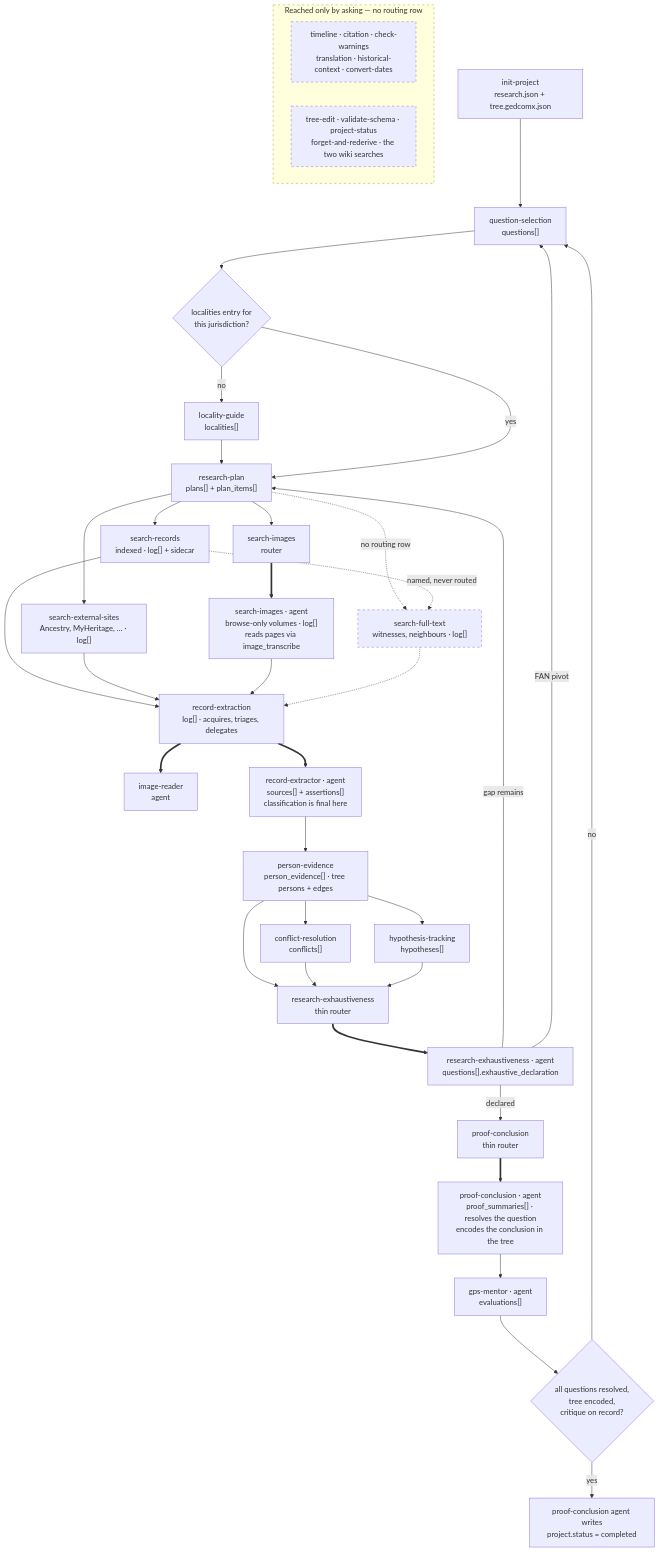
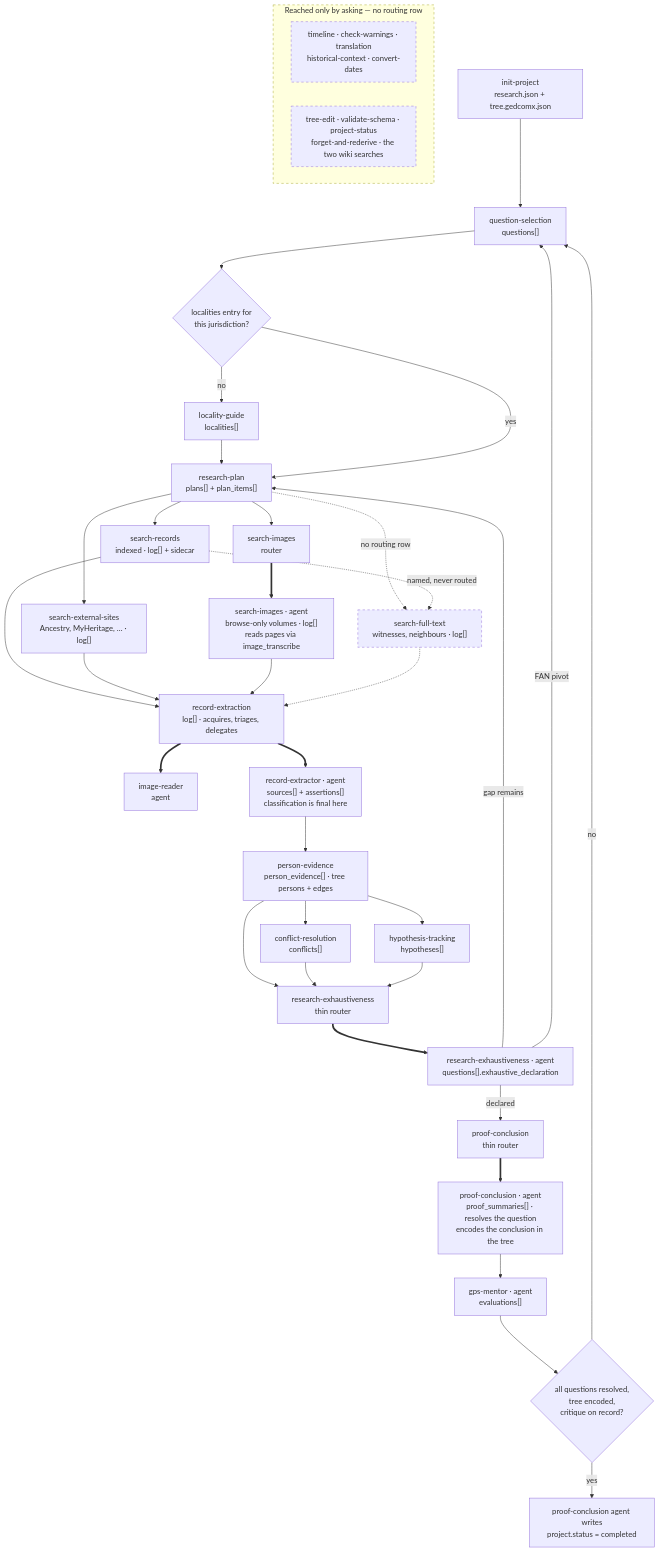
The diagram in docs/skill-dataflow.md (PioneerAIAcademy/cowork-genealogy), drawn with Mermaid before and after one commit. The commit also changed other lines of this file and 7 other files, not shown here.

````diff
--- a/docs/skill-dataflow.md
+++ b/docs/skill-dataflow.md
@@ -58,53 +58,53 @@
 ```mermaid
 flowchart TD
     IP["init-project<br/>research.json + tree.gedcomx.json"] --> QS
     QS["question-selection<br/>questions[]"] --> LOCGATE
     LOCGATE{"localities entry for<br/>this jurisdiction?"}
     LOCGATE -- no --> LG["locality-guide<br/>localities[]"] --> RP
     LOCGATE -- yes --> RP["research-plan<br/>plans[] + plan_items[]"]
 
     RP --> SR["search-records<br/>indexed · log[] + sidecar"]
     RP --> SE["search-external-sites<br/>Ancestry, MyHeritage, … · log[]"]
     RP --> SI["search-images<br/>router"]
     RP -.->|"no routing row"| SF["search-full-text<br/>witnesses, neighbours · log[]"]
     SR -.->|"named, never routed"| SF
 
     SI ==> SIA["search-images · agent<br/>browse-only volumes · log[]<br/>reads pages via image_transcribe"]
     RE ==> IR["image-reader<br/>agent"]
 
     SR --> RE
     SE --> RE
     SIA --> RE
     SF -.-> RE
     RE["record-extraction<br/>log[] · acquires, triages, delegates"]
     RE ==> RX["record-extractor · agent<br/>sources[] + assertions[]<br/>classification is final here"]
 
     RX --> PE["person-evidence<br/>person_evidence[] · tree persons + edges"]
     PE --> CR["conflict-resolution<br/>conflicts[]"]
     PE --> HT["hypothesis-tracking<br/>hypotheses[]"]
     PE --> EX
     CR --> EX
     HT --> EX
 
     EX["research-exhaustiveness<br/>thin router"]
     EX ==> EXA["research-exhaustiveness · agent<br/>questions[].exhaustive_declaration"]
     EXA -- "gap remains" --> RP
     EXA -- "FAN pivot" --> QS
     EXA -- "declared" --> PC
 
     PC["proof-conclusion<br/>thin router"]
     PC ==> PCA["proof-conclusion · agent<br/>proof_summaries[] · resolves the question<br/>encodes the conclusion in the tree"]
     PCA --> GM["gps-mentor · agent<br/>evaluations[]"]
     GM --> GATE{"all questions resolved,<br/>tree encoded,<br/>critique on record?"}
     GATE -- no --> QS
     GATE -- yes --> DONE["proof-conclusion agent writes<br/>project.status = completed"]
 
     subgraph ASK ["Reached only by asking — no routing row"]
         direction LR
-        U1["timeline · citation · check-warnings<br/>translation · historical-context · convert-dates"]
+        U1["timeline · check-warnings · translation<br/>historical-context · convert-dates"]
         U2["tree-edit · validate-schema · project-status<br/>forget-and-rederive · the two wiki searches"]
     end
 
     classDef unrouted stroke-dasharray: 5 5
     class SF,ASK,U1,U2 unrouted
 ```
````
